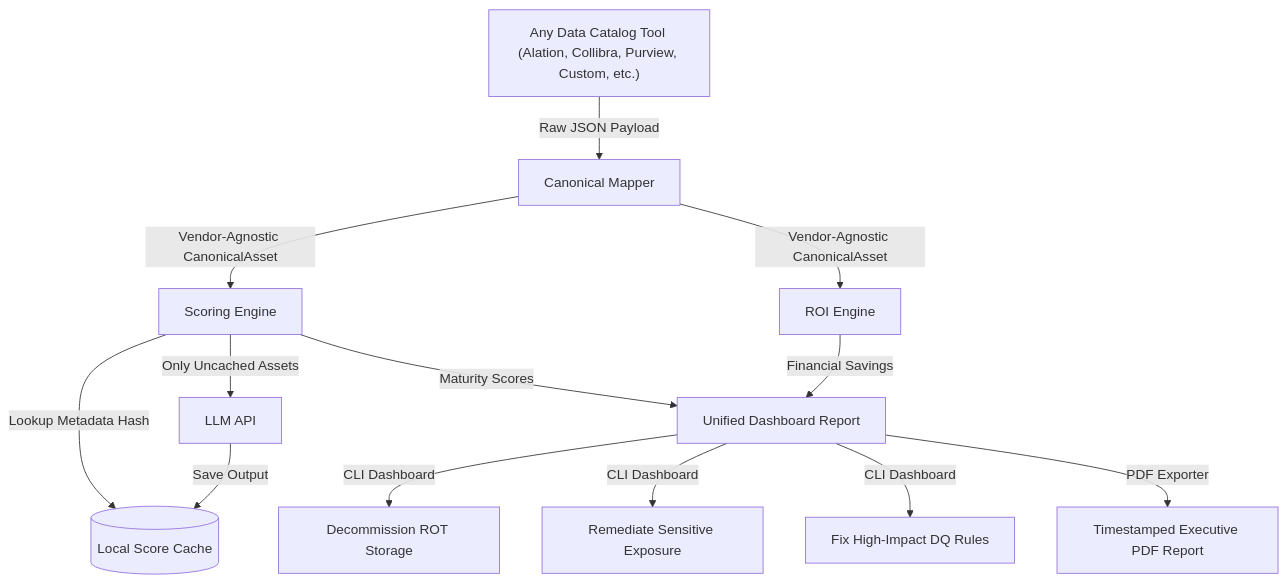
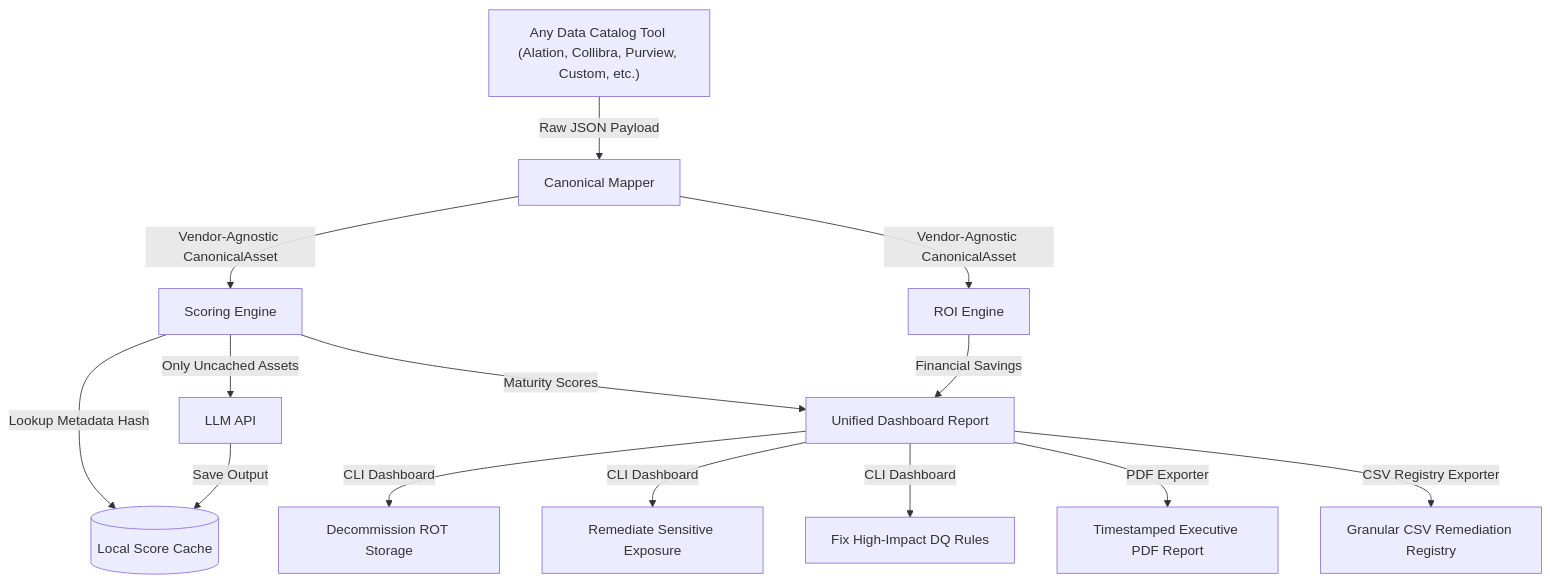
The diagram in README.md (yashbhagde/AI-powered-DG-ROI-Optimization-Accelerator), drawn with Mermaid before and after one commit. The commit also changed other lines of this file and 1 other file, not shown here.

Commit message:
feat: implement companion CSV Remediation Task Registry output alongside PDF report

````diff
--- a/README.md
+++ b/README.md
@@ -16,19 +16,20 @@
 ```mermaid
 graph TD
     A["Any Data Catalog Tool <br>(Alation, Collibra, Purview, Custom, etc.)"] -->|Raw JSON Payload| F[Canonical Mapper]
     
     F -->|Vendor-Agnostic CanonicalAsset| G[Scoring Engine]
     F -->|Vendor-Agnostic CanonicalAsset| H[ROI Engine]
     
     G -->|Lookup Metadata Hash| Cache[(Local Score Cache)]
     G -->|Only Uncached Assets| LLM[LLM API]
     LLM -->|Save Output| Cache
     
     G -->|Maturity Scores| I[Unified Dashboard Report]
     H -->|Financial Savings| I
     
     I -->|CLI Dashboard| J[Decommission ROT Storage]
     I -->|CLI Dashboard| K[Remediate Sensitive Exposure]
     I -->|CLI Dashboard| L[Fix High-Impact DQ Rules]
     I -->|PDF Exporter| M[Timestamped Executive PDF Report]
+    I -->|CSV Registry Exporter| N[Granular CSV Remediation Registry]
 ```
````
